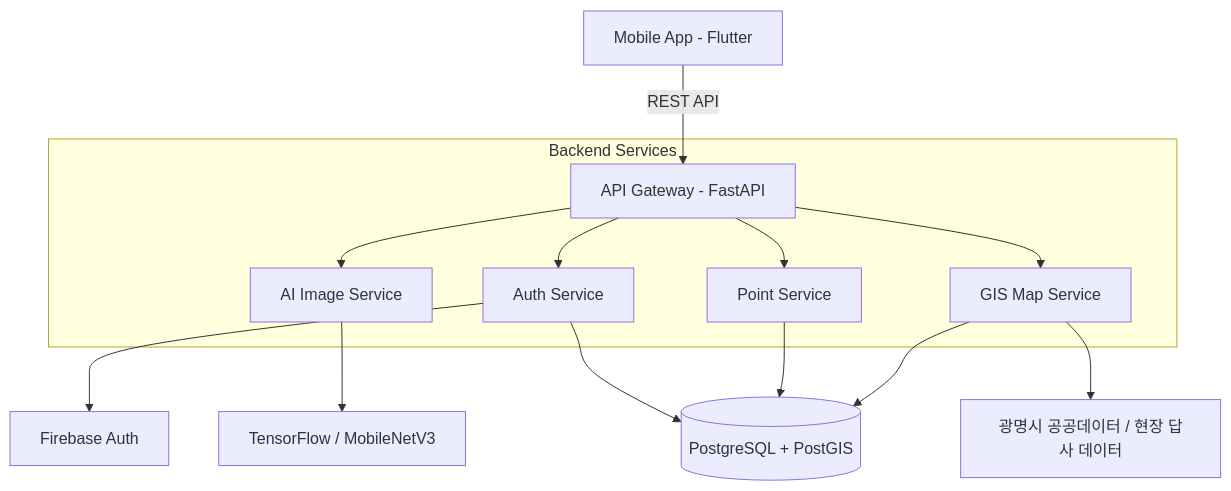
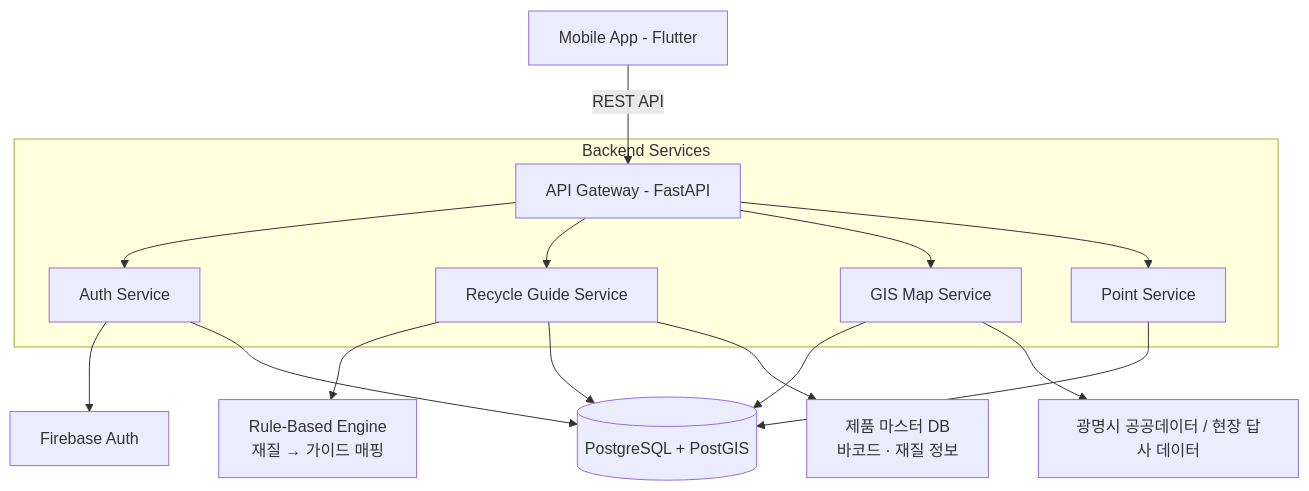
One commit to iNtuitionP/ecomap changed the second of 3 diagrams in README.md. Above: the diagram before and after it, drawn with Mermaid. The commit also changed other lines of this file, not shown here.

````diff
--- a/README.md
+++ b/README.md
@@ -120,20 +189,22 @@
 ```mermaid
 graph TD
     Client[Mobile App - Flutter] -->|REST API| API[API Gateway - FastAPI]
 
     subgraph Backend Services
         API --> Auth[Auth Service]
-        API --> AI[AI Image Service]
+        API --> Guide[Recycle Guide Service]
         API --> Map[GIS Map Service]
         API --> Reward[Point Service]
     end
 
     Auth --> Firebase[Firebase Auth]
-    AI --> Model[TensorFlow / MobileNetV3]
+    Guide --> RuleEngine[Rule-Based Engine<br/>재질 → 가이드 매핑]
 
-    Map --> DB[(PostgreSQL + PostGIS)]
+    Guide --> DB[(PostgreSQL + PostGIS)]
+    Map --> DB
     Reward --> DB
     Auth --> DB
 
+    Guide --> ProductDB[제품 마스터 DB<br/>바코드 · 재질 정보]
     Map --> OpenData[광명시 공공데이터 / 현장 답사 데이터]
 ```
````
